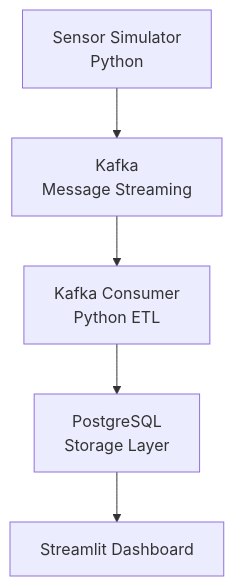
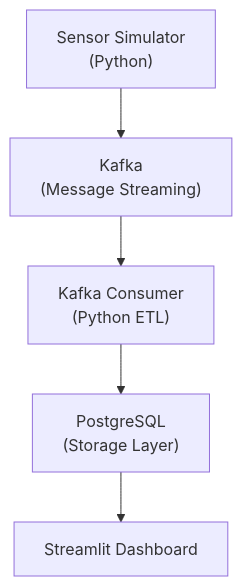
The diagram in README.md (harshil251/Smart_Manufacturing_IOT_Pipeline), drawn with Mermaid before and after one commit.

````diff
--- a/README.md
+++ b/README.md
@@ -19,7 +19,7 @@
 ```mermaid
 graph TD;
-    A[Sensor Simulator <br> Python] --> B[Kafka <br> Message Streaming];
-    B --> C[Kafka Consumer <br> Python ETL];
-    C --> D[PostgreSQL <br> Storage Layer];
-    D --> E[Streamlit Dashboard];
+    A["Sensor Simulator <br> (Python)"] --> B["Kafka <br> (Message Streaming)"];
+    B --> C["Kafka Consumer <br> (Python ETL)"];
+    C --> D["PostgreSQL <br> (Storage Layer)"];
+    D --> E["Streamlit Dashboard"];
 ```
````
